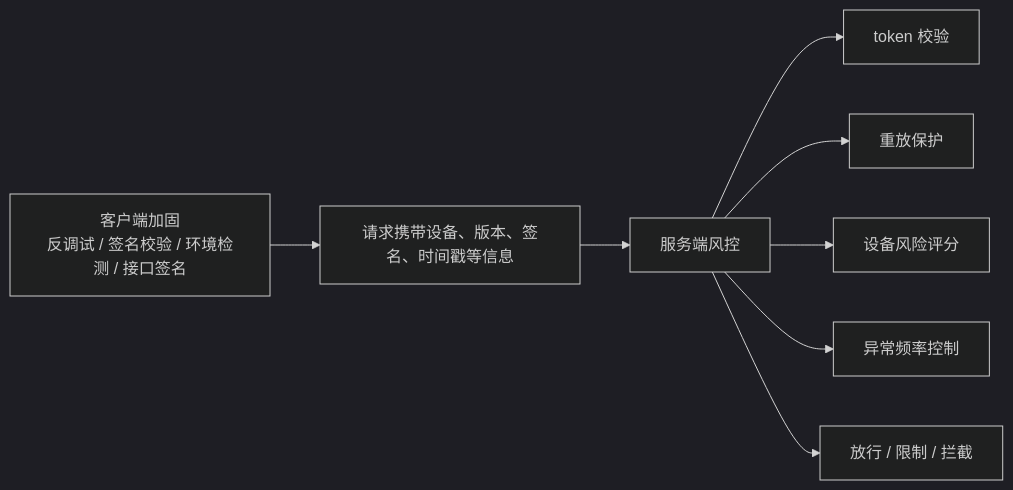
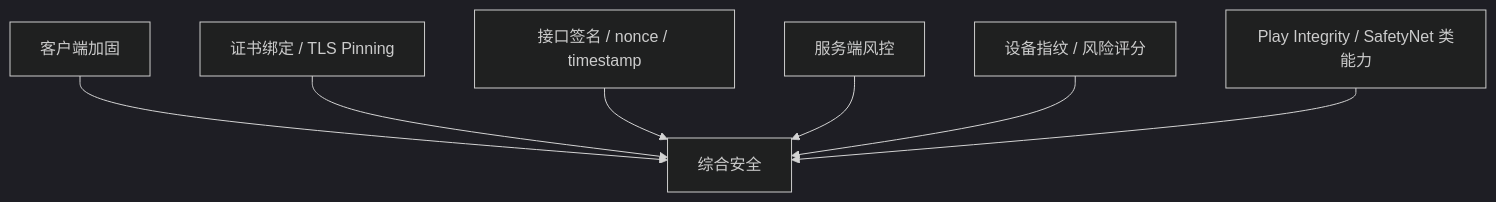
The tenth of 12 diagrams in android插件相关/App加固详解.md (junyingzhao001/StudyNotes), drawn with Mermaid (dark theme) before and after one commit. The commit also changed other lines of this file and 3 other files, not shown here.

````diff
--- a/android插件相关/App加固详解.md
+++ b/android插件相关/App加固详解.md
@@ -1116,11 +1117,9 @@
 ```mermaid
-flowchart LR
-  Client["客户端加固
-反调试 / 签名校验 / 环境检测 / 接口签名"] --> Request["请求携带设备、版本、签名、时间戳等信息"]
-  Request --> Server["服务端风控"]
-  Server --> Token["token 校验"]
-  Server --> Replay["重放保护"]
-  Server --> Risk["设备风险评分"]
-  Server --> Rate["异常频率控制"]
-  Server --> Decision["放行 / 限制 / 拦截"]
+flowchart TD
+    A["客户端加固"] --> E["综合安全"]
+    B["证书绑定 / TLS Pinning"] --> E
+    C["接口签名 / nonce / timestamp"] --> E
+    D["服务端风控"] --> E
+    F["设备指纹 / 风险评分"] --> E
+    G["Play Integrity / SafetyNet 类能力"] --> E
 ```
````
